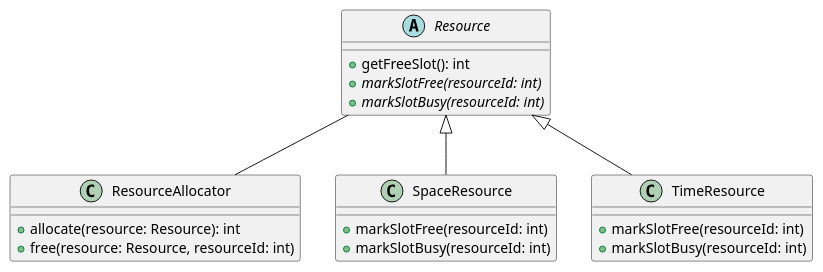
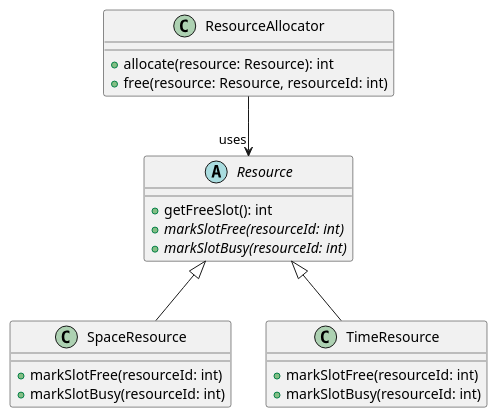
Before and after one commit to Ali-Doggaz/TP1-archi: the diagram in OCP/src/com/directi/training/ocp/exercise/solution/new_arch.plantuml, drawn with PlantUML. The commit also changed 1 other file, not shown here.

Commit message:
corrected OCP diagram

```diff
--- a/OCP/src/com/directi/training/ocp/exercise/solution/new_arch.plantuml
+++ b/OCP/src/com/directi/training/ocp/exercise/solution/new_arch.plantuml
@@ -1,28 +1,28 @@
 @startuml
 
 abstract class Resource {
     + getFreeSlot(): int
     {abstract} + markSlotFree(resourceId: int)
     {abstract} + markSlotBusy(resourceId: int)
 }
 
 class ResourceAllocator {
     + allocate(resource: Resource): int
     + free(resource: Resource, resourceId: int)
 }
 
 class SpaceResource {
     + markSlotFree(resourceId: int)
     + markSlotBusy(resourceId: int)
 }
 
 class TimeResource {
     + markSlotFree(resourceId: int)
     + markSlotBusy(resourceId: int)
 }
 
-Resource -- ResourceAllocator
+ResourceAllocator --> " uses" Resource
 Resource <|-- SpaceResource
 Resource <|-- TimeResource
 
 @enduml
```
